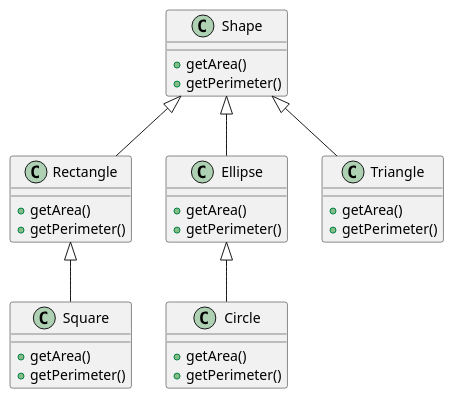
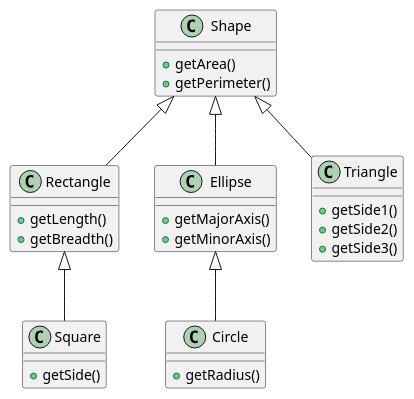
The diagram in END_SEMESTER_EXAM/ESE_Slides_Activities/Unit1_Inheritance_Slides/Unit1Slide14ClassDiagram2.plantuml (7kylor/JavaPractice), drawn with PlantUML before and after one commit. The commit also changed other lines of this file and 2 other files, not shown here.

```diff
--- a/END_SEMESTER_EXAM/ESE_Slides_Activities/Unit1_Inheritance_Slides/Unit1Slide14ClassDiagram2.plantuml
+++ b/END_SEMESTER_EXAM/ESE_Slides_Activities/Unit1_Inheritance_Slides/Unit1Slide14ClassDiagram2.plantuml
@@ -47,35 +6,30 @@
 @startuml
 
 class Shape {
     +getArea()
     +getPerimeter()
 }
-
-class Rectangle extends Shape {
-    +getArea()
-    +getPerimeter()
+class Rectangle extends Shape{
+    +getLength()
+    +getBreadth()
 }
 
-class Square extends Rectangle {
-    +getArea()
-    +getPerimeter()
+class Square extends Rectangle{
+    +getSide()
 }
 
 class Circle extends Ellipse {
-    +getArea()
-    +getPerimeter()
+    +getRadius()
 }
 
-class Ellipse extends Shape  {
-    +getArea()
-    +getPerimeter()
+class Ellipse extends Shape{
+    +getMajorAxis()
+    +getMinorAxis()
 }
 
-class Triangle extends Shape {
-    +getArea()
-    +getPerimeter()
+class Triangle extends Shape{
+    +getSide1()
+    +getSide2()
+    +getSide3()
 }
-
- 
-
 @enduml
```
